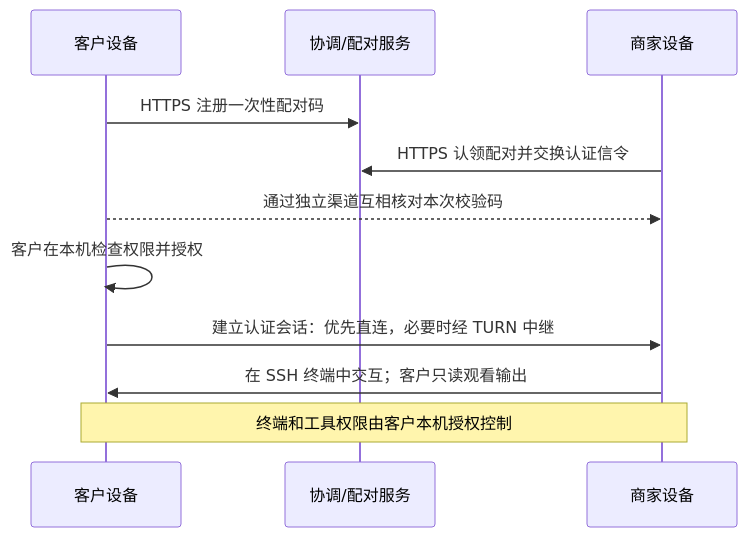
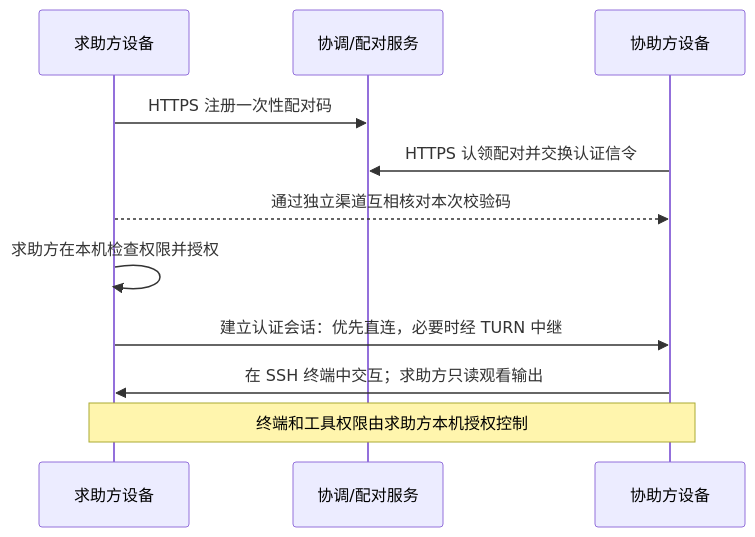
One commit to densw/PairShell changed the diagram in README.md. Above: the diagram before and after it, drawn with Mermaid. The commit also changed other lines of this file, not shown here.

Commit message:
Align the architecture diagram with the new role names
Use 求助方 and 协助方 consistently in the README sequence diagram and architecture explanation so the old labels do not remain in the main project overview.

Confidence: high

Scope-risk: narrow

Tested: README wording search and diff check

Not-tested: No application tests run

````diff
--- a/README.md
+++ b/README.md
@@ -41,13 +41,13 @@
 ```mermaid
 sequenceDiagram
-    participant C as 客户设备
+    participant C as 求助方设备
     participant R as 协调/配对服务
-    participant M as 商家设备
+    participant M as 协助方设备
     C->>R: HTTPS 注册一次性配对码
     M->>R: HTTPS 认领配对并交换认证信令
     C-->>M: 通过独立渠道互相核对本次校验码
-    C->>C: 客户在本机检查权限并授权
+    C->>C: 求助方在本机检查权限并授权
     C->>M: 建立认证会话：优先直连，必要时经 TURN 中继
-    M->>C: 在 SSH 终端中交互；客户只读观看输出
-    Note over C,M: 终端和工具权限由客户本机授权控制
+    M->>C: 在 SSH 终端中交互；求助方只读观看输出
+    Note over C,M: 终端和工具权限由求助方本机授权控制
 ```
````
